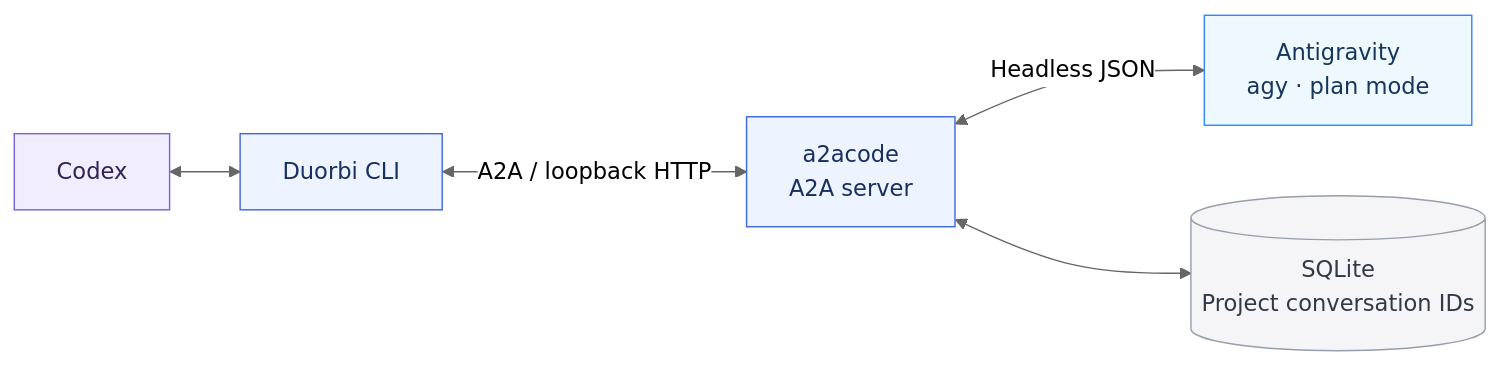
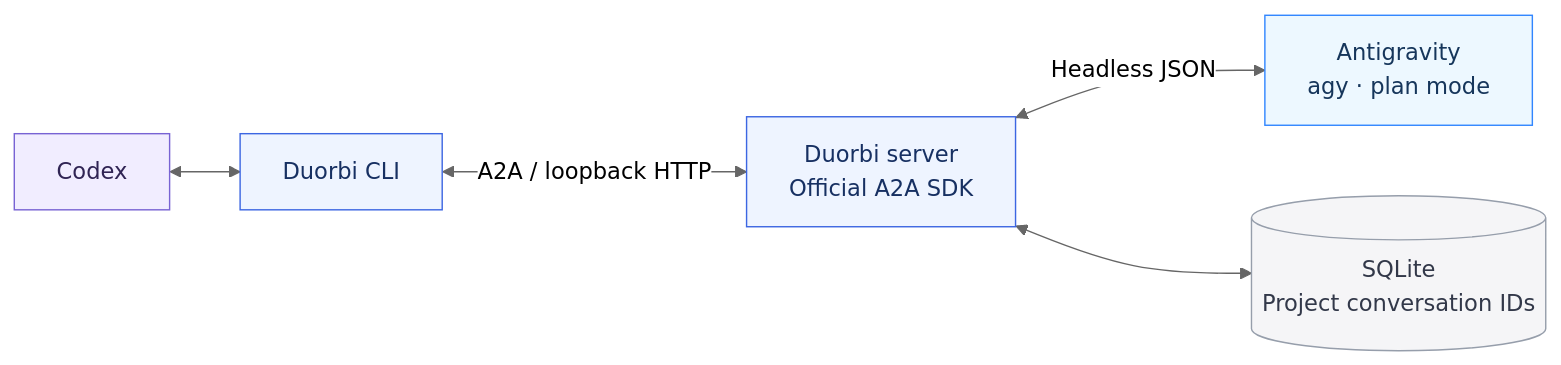
The diagram in README.md (genielabs-io/duorbi), drawn with Mermaid (neutral theme) before and after one commit. The commit also changed other lines of this file and 25 other files, not shown here.

Commit message:
refactor: serve Antigravity through the official A2A Python SDK

````diff
--- a/README.md
+++ b/README.md
@@ -24,16 +24,16 @@
 ```mermaid
 flowchart LR
     C["Codex"] <--> D["Duorbi CLI"]
-    D <-->|"A2A / loopback HTTP"| S["a2acode<br/>A2A server"]
+    D <-->|"A2A / loopback HTTP"| S["Duorbi server<br/>Official A2A SDK"]
     S <-->|"Headless JSON"| A["Antigravity<br/>agy · plan mode"]
     S <--> DB[("SQLite<br/>Project conversation IDs")]
 
     classDef codex fill:#f1edff,stroke:#7863d4,color:#302454
     classDef bridge fill:#eef4ff,stroke:#3c66e2,color:#173062
     classDef agent fill:#edf8ff,stroke:#3186ff,color:#16365b
     classDef storage fill:#f5f5f7,stroke:#969eab,color:#323849
     class C codex
     class D,S bridge
     class A agent
     class DB storage
 ```
````
